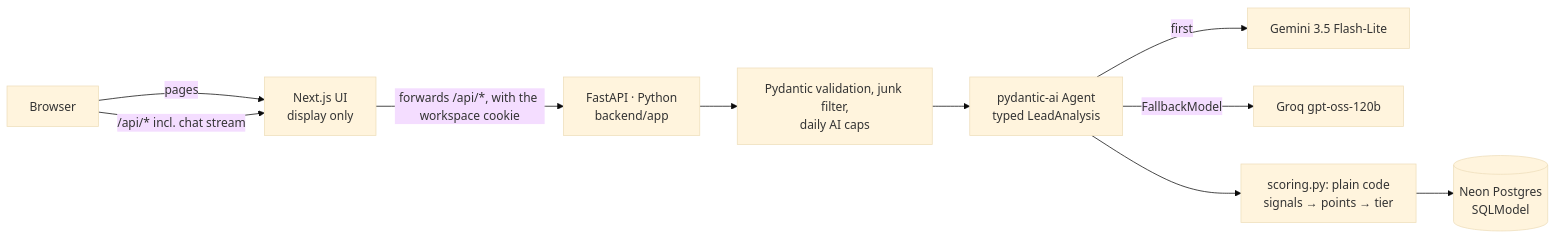
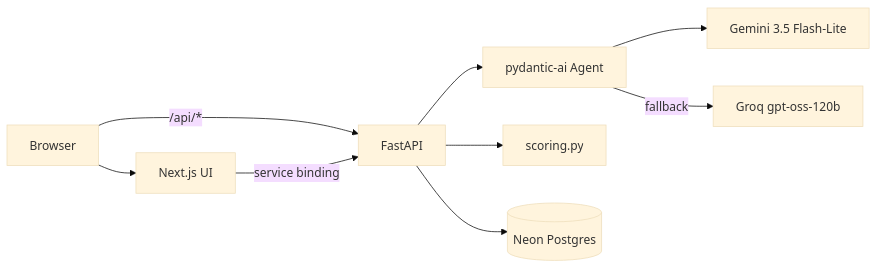
One commit to AmanDataGuy/lead-triage-copilot changed the diagram in README.md. Above: the diagram before and after it, drawn with Mermaid (base theme). The commit also changed other lines of this file, not shown here.

````diff
--- a/README.md
+++ b/README.md
@@ -44,12 +30,11 @@
 ```mermaid
 flowchart LR
-  B[Browser] -->|pages| N[Next.js UI<br/>display only]
-  B -->|/api/* incl. chat stream| N
-  N -->|forwards /api/*, with the workspace cookie| A[FastAPI · Python<br/>backend/app]
-  A --> V[Pydantic validation, junk filter,<br/>daily AI caps]
-  V --> AG[pydantic-ai Agent<br/>typed LeadAnalysis]
-  AG -->|first| G[Gemini 3.5 Flash-Lite]
-  AG -->|FallbackModel| Q[Groq gpt-oss-120b]
-  AG --> SC[scoring.py: plain code<br/>signals → points → tier]
-  SC --> DB[(Neon Postgres<br/>SQLModel)]
+  B[Browser] --> N[Next.js UI]
+  B -->|/api/*| A[FastAPI]
+  N -->|service binding| A
+  A --> AI[pydantic-ai Agent]
+  AI --> G[Gemini 3.5 Flash-Lite]
+  AI -->|fallback| Q[Groq gpt-oss-120b]
+  A --> S[scoring.py]
+  A --> DB[(Neon Postgres)]
 ```
````
